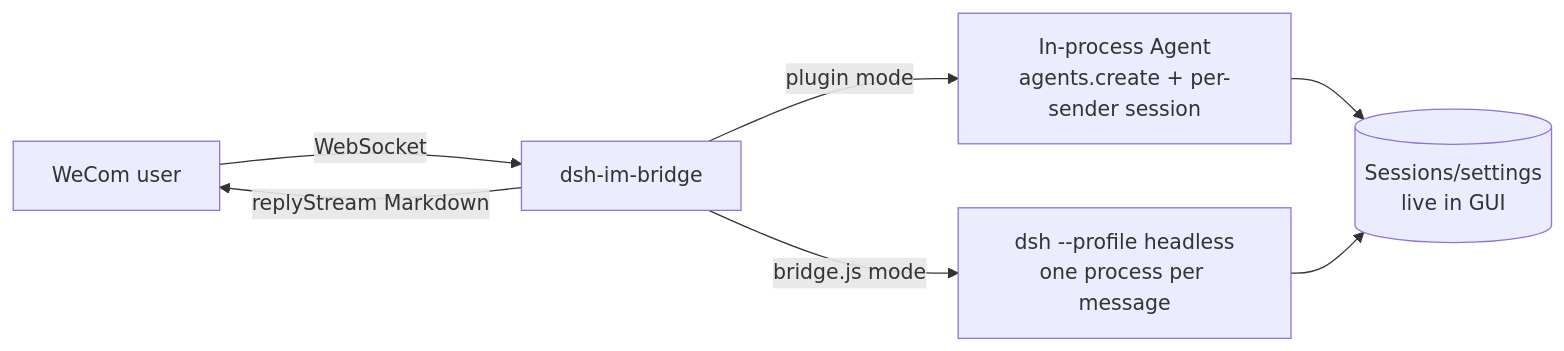
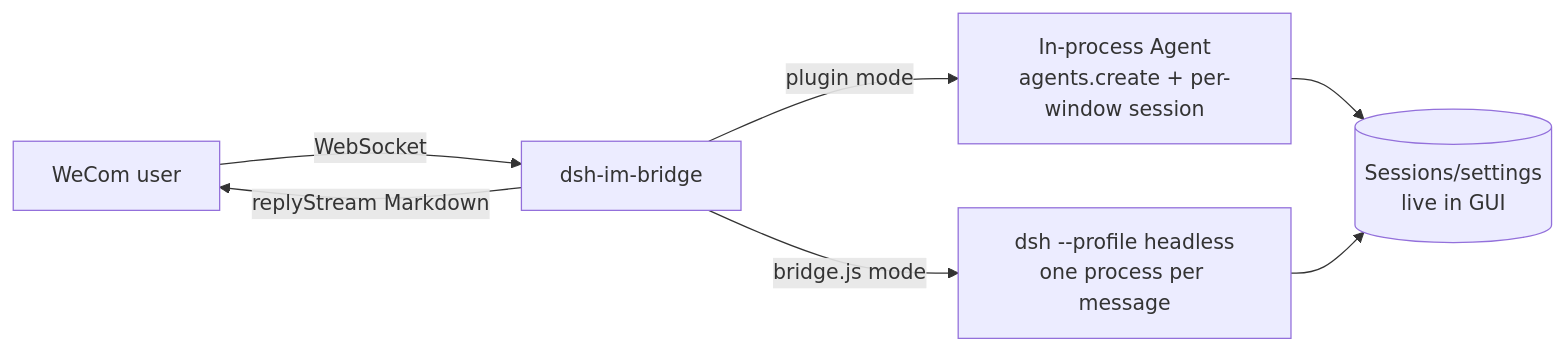
The diagram in README.en.md (MHfire/dsh-im-bridge), drawn with Mermaid before and after one commit. The commit also changed other lines of this file and 9 other files, not shown here.

````diff
--- a/README.en.md
+++ b/README.en.md
@@ -42,9 +42,9 @@
 ```mermaid
 flowchart LR
     U[WeCom user] -- WebSocket --> B[dsh-im-bridge]
-    B -->|plugin mode| A1[In-process Agent<br/>agents.create + per-sender session]
+    B -->|plugin mode| A1[In-process Agent<br/>agents.create + per-window session]
     B -->|bridge.js mode| A2[dsh --profile headless<br/>one process per message]
     A1 --> S[(Sessions/settings<br/>live in GUI)]
     A2 --> S
     B -- replyStream Markdown --> U
 ```
````
